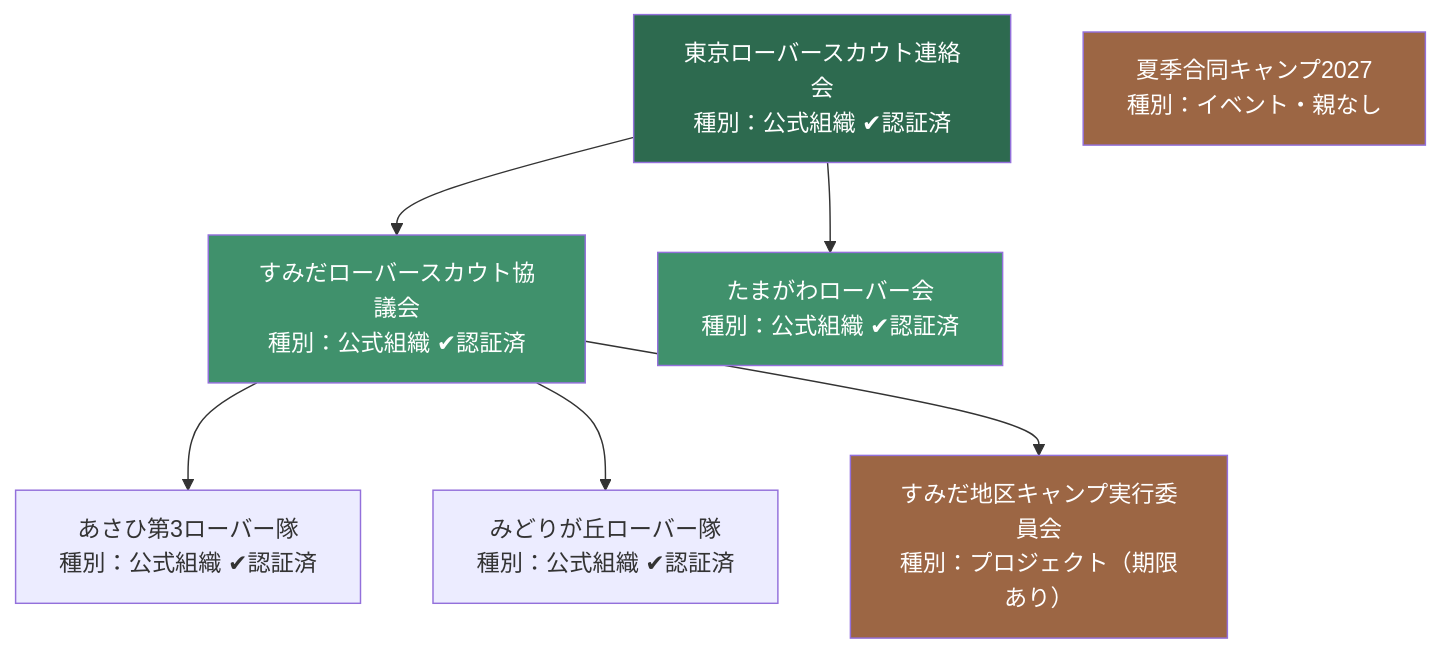
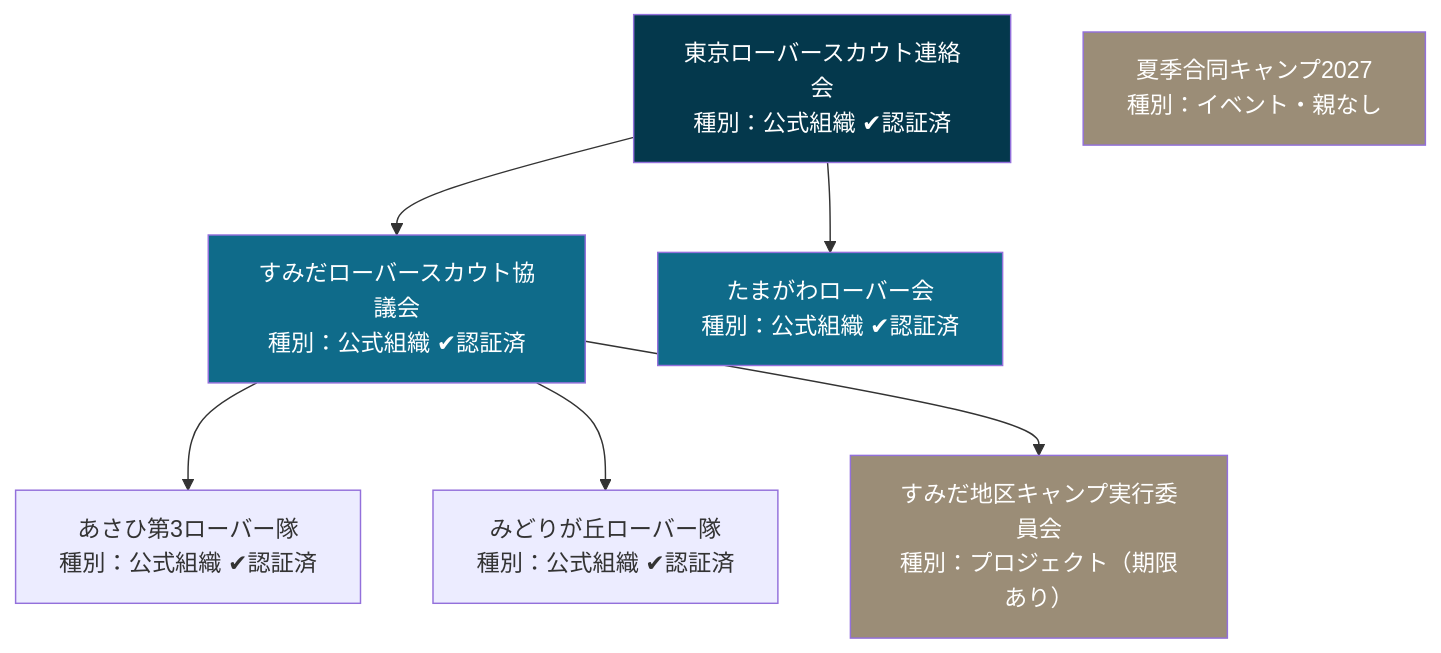
The seventh of 12 diagrams in docs/10_source/01_basic_design.md (GitHatake/RoveringNow), drawn with Mermaid before and after one commit. The commit also changed 3 other files, not shown here.

````diff
--- a/docs/10_source/01_basic_design.md
+++ b/docs/10_source/01_basic_design.md
@@ -1019,15 +1019,15 @@
 ```mermaid
 flowchart TD
     A["東京ローバースカウト連絡会<br/>種別：公式組織 ✔認証済"] --> B["すみだローバースカウト協議会<br/>種別：公式組織 ✔認証済"]
     A --> C["たまがわローバー会<br/>種別：公式組織 ✔認証済"]
     B --> D["あさひ第3ローバー隊<br/>種別：公式組織 ✔認証済"]
     B --> E["みどりが丘ローバー隊<br/>種別：公式組織 ✔認証済"]
     B --> P["すみだ地区キャンプ実行委員会<br/>種別：プロジェクト（期限あり）"]
     X["夏季合同キャンプ2027<br/>種別：イベント・親なし"]
 
-    style A fill:#2d6a4f,color:#fff
-    style B fill:#40916c,color:#fff
-    style C fill:#40916c,color:#fff
-    style P fill:#9c6644,color:#fff
-    style X fill:#9c6644,color:#fff
+    style A fill:#04384c,color:#fff
+    style B fill:#0f6b8a,color:#fff
+    style C fill:#0f6b8a,color:#fff
+    style P fill:#9b8d77,color:#fff
+    style X fill:#9b8d77,color:#fff
 ```
````
